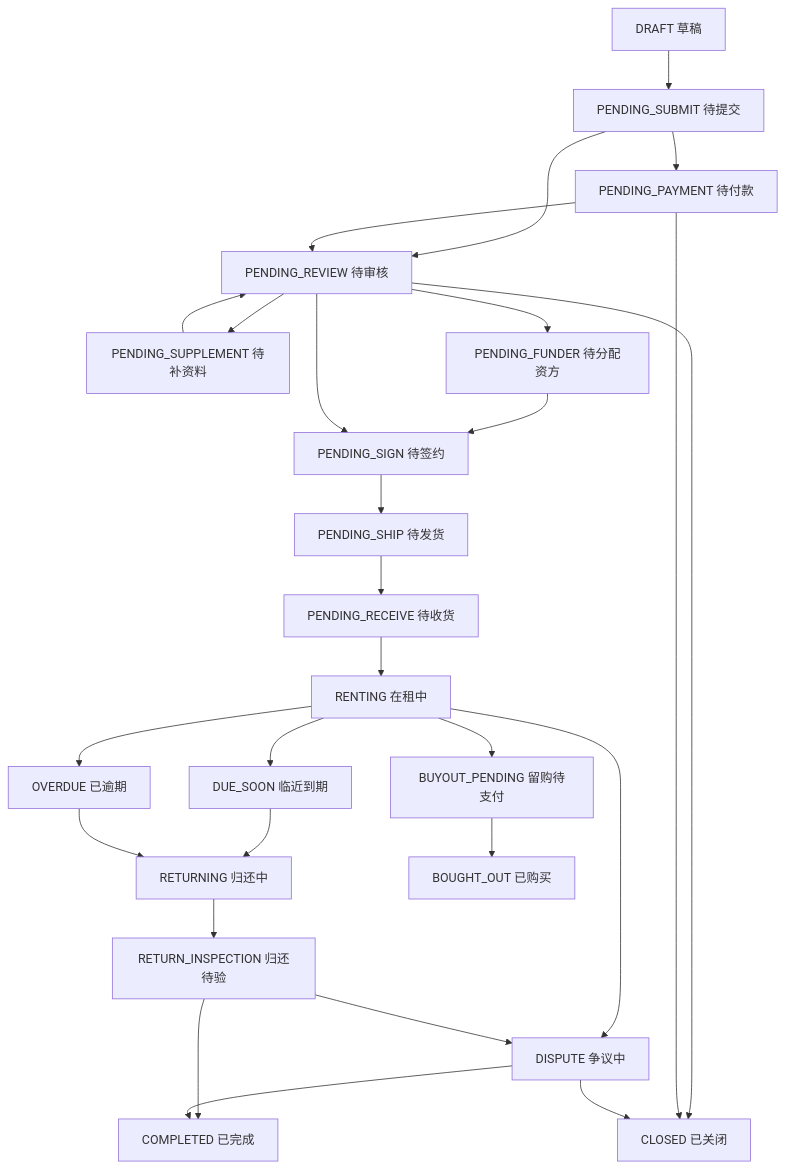
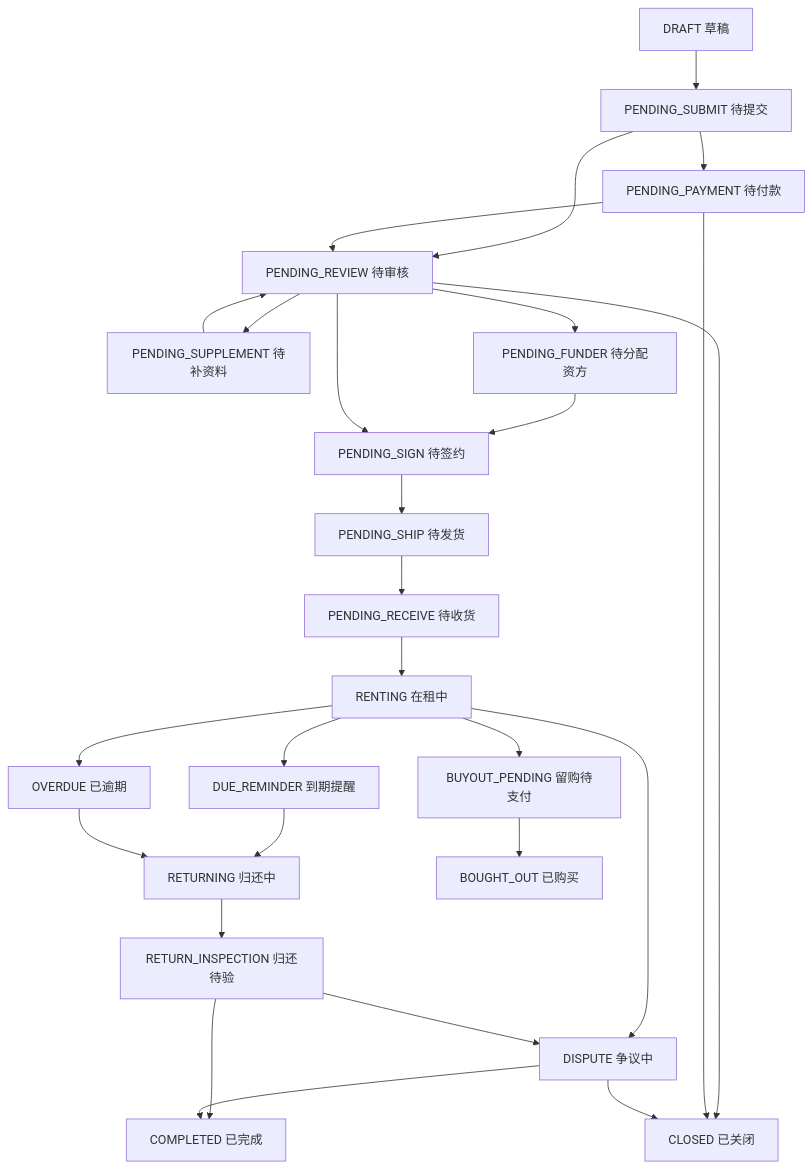
The diagram in PRD/V0.2/modules/全局/02_状态字典与订单状态机.md (joezjyan-bot/mandian-prd), drawn with Mermaid before and after one commit. The commit also changed other lines of this file and 43 other files, not shown here.

````diff
--- a/PRD/V0.2/modules/全局/02_状态字典与订单状态机.md
+++ b/PRD/V0.2/modules/全局/02_状态字典与订单状态机.md
@@ -73,29 +73,29 @@
 ```mermaid
 flowchart TD
     A["DRAFT 草稿"] --> B["PENDING_SUBMIT 待提交"]
     B --> C["PENDING_PAYMENT 待付款"]
     B --> D["PENDING_REVIEW 待审核"]
     C --> D
     D --> E["PENDING_SUPPLEMENT 待补资料"]
     E --> D
     D --> F["PENDING_FUNDER 待分配资方"]
     F --> G["PENDING_SIGN 待签约"]
     D --> G
     G --> H["PENDING_SHIP 待发货"]
     H --> I["PENDING_RECEIVE 待收货"]
     I --> J["RENTING 在租中"]
-    J --> K["DUE_SOON 临近到期"]
+    J --> K["DUE_REMINDER 到期提醒"]
     J --> L["OVERDUE 已逾期"]
     K --> M["RETURNING 归还中"]
     L --> M
     M --> N["RETURN_INSPECTION 归还待验"]
     N --> O["COMPLETED 已完成"]
     J --> P["BUYOUT_PENDING 留购待支付"]
     P --> Q["BOUGHT_OUT 已购买"]
     D --> R["CLOSED 已关闭"]
     C --> R
     J --> S["DISPUTE 争议中"]
     N --> S
     S --> O
     S --> R
 ```
````
